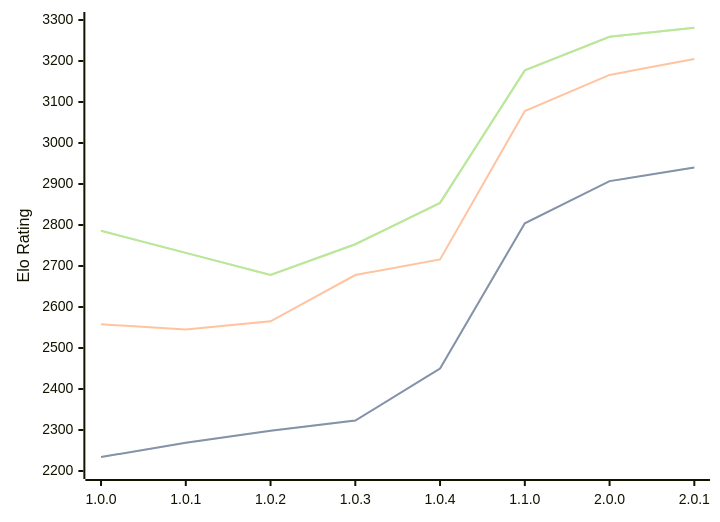
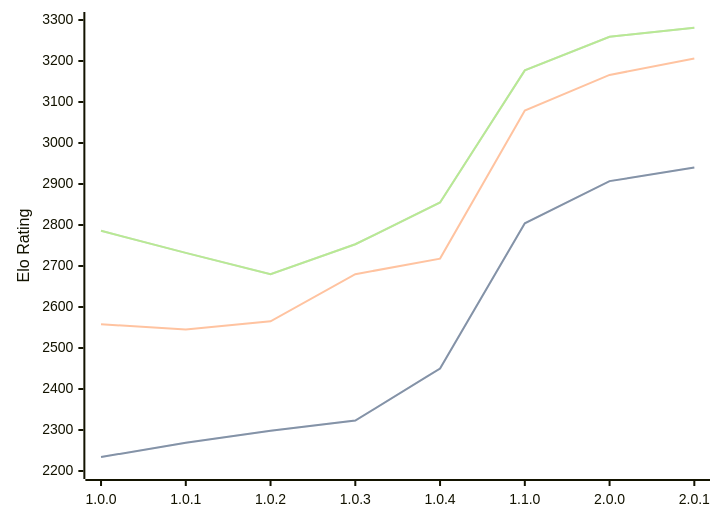
The diagram in engines/Grail.md (computer-chess-index/cci), drawn with Mermaid before and after one commit. The commit also changed other lines of this file, not shown here.

Commit message:
Update CCI Ratings (ELO VLTC) - 2026-08-27

````diff
--- a/engines/Grail.md
+++ b/engines/Grail.md
@@ -38,11 +38,11 @@
 ```mermaid
 %%{init: {"theme":"base","themeVariables":{"seriesColors:['#a3a3a3','#222221','#faa371']}}}%%
 xychart-beta
   x-axis ["1.0.0", "1.0.1", "1.0.2", "1.0.3", "1.0.4", "1.1.0", "2.0.0", "2.0.1"]
   y-axis "Elo Rating" 2200 --> 3300
   line "STC (8.0+0.08s)" [2234, 2269, 2298, 2323, 2450, 2804, 2907, 2940]
   line "STC (8.0+0.08s)" [2234, 2269, 2298, 2323, 2450, 2804, 2907, 2940]
-  line "LTC (60.0+0.60s)" [2558, 2545, 2565, 2678, 2716, 3078, 3166, 3205]
-  line "VLTC (2m24s+1.12s)" [2786, 2732, 2678, 2753, 2854, 3177, 3259, 3281]
-  line "VLTC (2m24s+1.12s)" [2786, 2732, 2678, 2753, 2854, 3177, 3259, 3281]
+  line "LTC (60.0+0.60s)" [2558, 2545, 2565, 2680, 2718, 3079, 3166, 3206]
+  line "VLTC (2m24s+1.12s)" [2786, 2732, 2680, 2753, 2855, 3177, 3259, 3281]
+  line "VLTC (2m24s+1.12s)" [2786, 2732, 2680, 2753, 2855, 3177, 3259, 3281]
 ```
````
